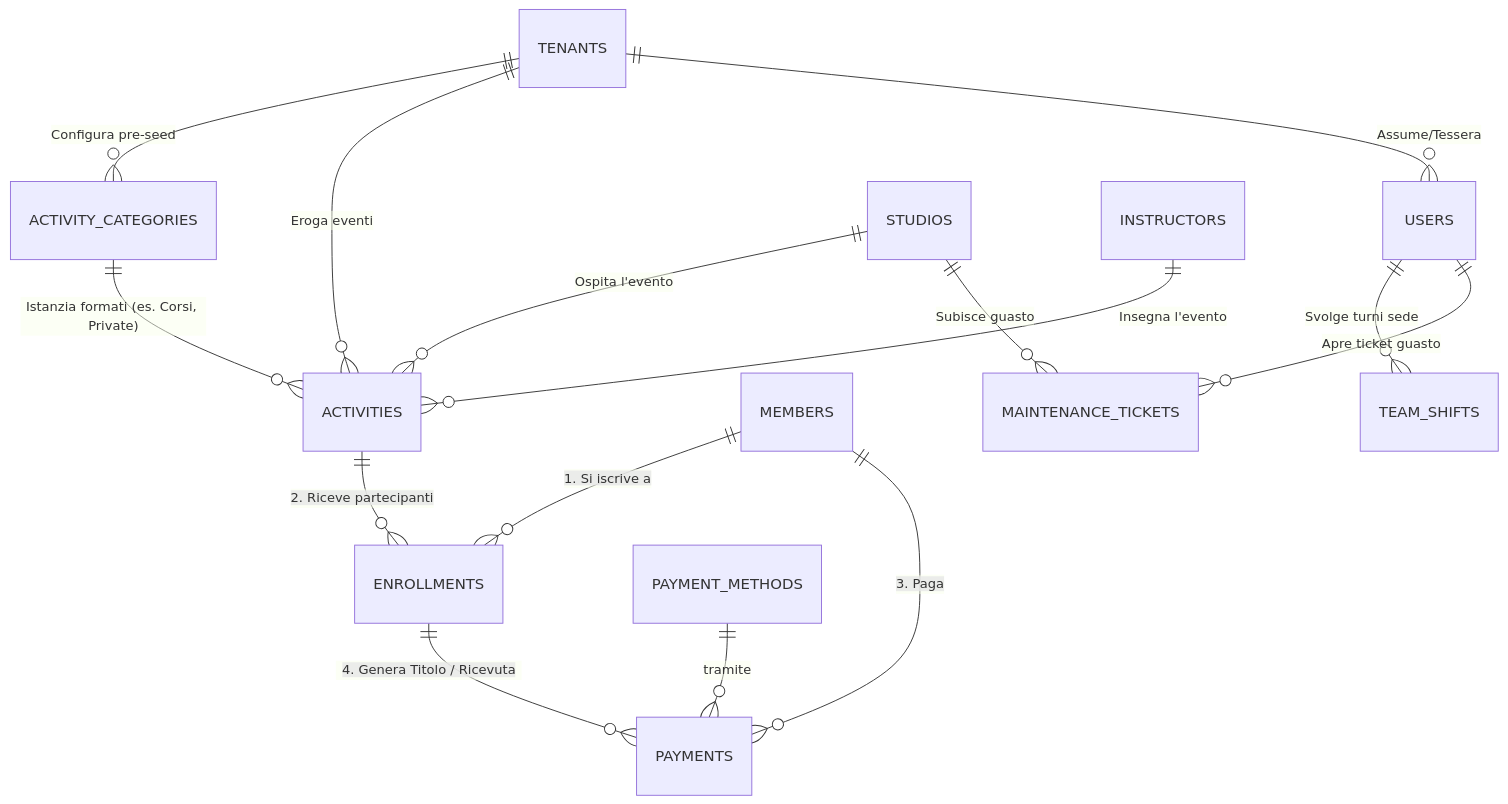
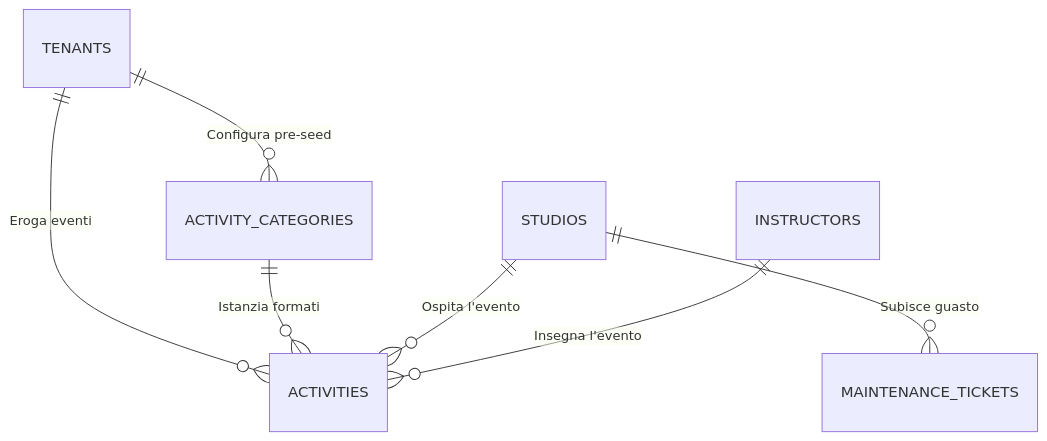
One commit to ago-debug/stargem-gae changed the second of 3 diagrams in _GAE_SVILUPPO/futuro/2_database_map_future.md. Above: the diagram before and after it, drawn with Mermaid. The commit also changed other lines of this file and 2 other files, not shown here.

Commit message:
docs(ui): split future ERD, create UI guidelines, update UI defects

````diff
--- a/_GAE_SVILUPPO/futuro/2_database_map_future.md
+++ b/_GAE_SVILUPPO/futuro/2_database_map_future.md
@@ -76,27 +89,10 @@
 ```mermaid
 erDiagram
-    %% LIVELLO 0: SAAS ROOT
     TENANTS ||--o{ ACTIVITY_CATEGORIES : "Configura pre-seed"
     TENANTS ||--o{ ACTIVITIES : "Eroga eventi"
-    TENANTS ||--o{ USERS : "Assume/Tessera"
-
-    %% LIVELLO 1: IL MOTORE DINAMICO (Dynamic Activities Engine)
-    ACTIVITY_CATEGORIES ||--o{ ACTIVITIES : "Istanzia formati (es. Corsi, Private)"
+    ACTIVITY_CATEGORIES ||--o{ ACTIVITIES : "Istanzia formati"
     
     STUDIOS ||--o{ ACTIVITIES : "Ospita l'evento"
+    STUDIOS ||--o{ MAINTENANCE_TICKETS : "Subisce guasto"
     INSTRUCTORS ||--o{ ACTIVITIES : "Insegna l'evento"
-
-    %% LIVELLO 2: ISCRITTI E TRANSAZIONI (Tutto converge qui)
-    MEMBERS ||--o{ ENROLLMENTS : "1. Si iscrive a"
-    ACTIVITIES ||--o{ ENROLLMENTS : "2. Riceve partecipanti"
-
-    %% LIVELLO 3: FINANZA SEMPLIFICATA
-    MEMBERS ||--o{ PAYMENTS : "3. Paga"
-    ENROLLMENTS ||--o{ PAYMENTS : "4. Genera Titolo / Ricevuta"
-    PAYMENT_METHODS ||--o{ PAYMENTS : "tramite"
-
-    %% LIVELLO 4: HR & MANUTENZIONE (Area Staff)
-    USERS ||--o{ TEAM_SHIFTS : "Svolge turni sede"
-    USERS ||--o{ MAINTENANCE_TICKETS : "Apre ticket guasto"
-    STUDIOS ||--o{ MAINTENANCE_TICKETS : "Subisce guasto"
 ```
````
